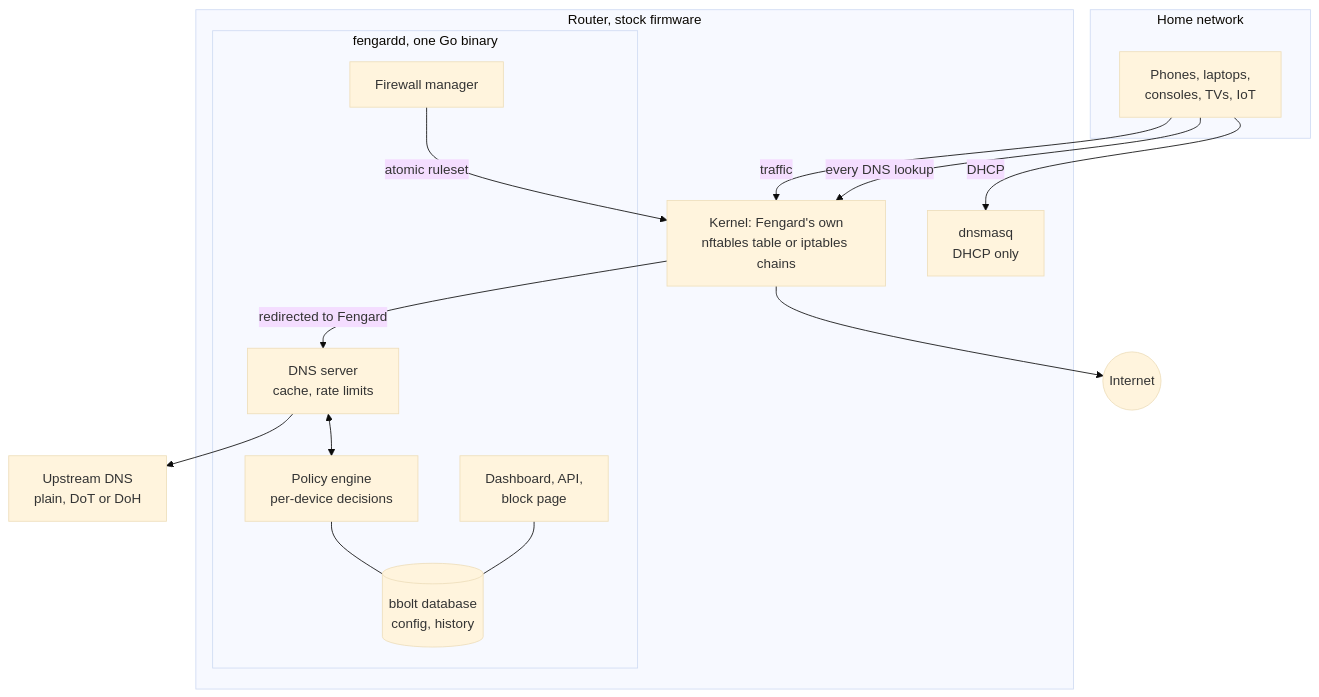
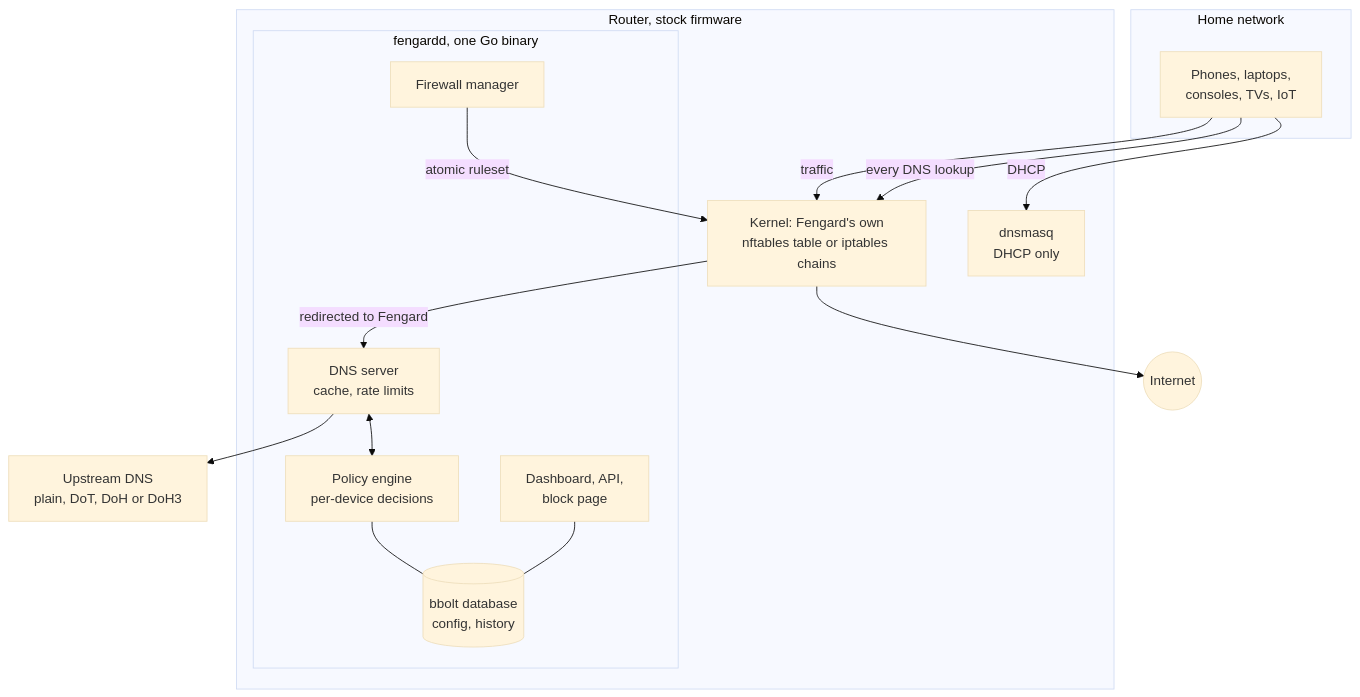
Before and after one commit to masaleem-oss/Fengard: the second of 4 diagrams in README.md, drawn with Mermaid (base theme). The commit also changed other lines of this file and 27 other files, not shown here.

````diff
--- a/README.md
+++ b/README.md
@@ -383,29 +384,29 @@
 ```mermaid
 flowchart TB
     subgraph LAN[Home network]
         P[Phones, laptops,<br/>consoles, TVs, IoT]
     end
     subgraph R[Router, stock firmware]
         DHCP[dnsmasq<br/>DHCP only]
         subgraph F[fengardd, one Go binary]
             DNS[DNS server<br/>cache, rate limits]
             POL[Policy engine<br/>per-device decisions]
             WEB[Dashboard, API,<br/>block page]
             FWM[Firewall manager]
             DB[(bbolt database<br/>config, history)]
         end
         K[Kernel: Fengard's own<br/>nftables table or iptables chains]
     end
-    UP[Upstream DNS<br/>plain, DoT or DoH]
+    UP[Upstream DNS<br/>plain, DoT, DoH or DoH3]
     NET((Internet))
 
     P -- DHCP --> DHCP
     P -- every DNS lookup --> K
     K -- redirected to Fengard --> DNS
     DNS <--> POL
     DNS --> UP
     POL --- DB
     WEB --- DB
     FWM -- atomic ruleset --> K
     P -- traffic --> K --> NET
 ```
````
